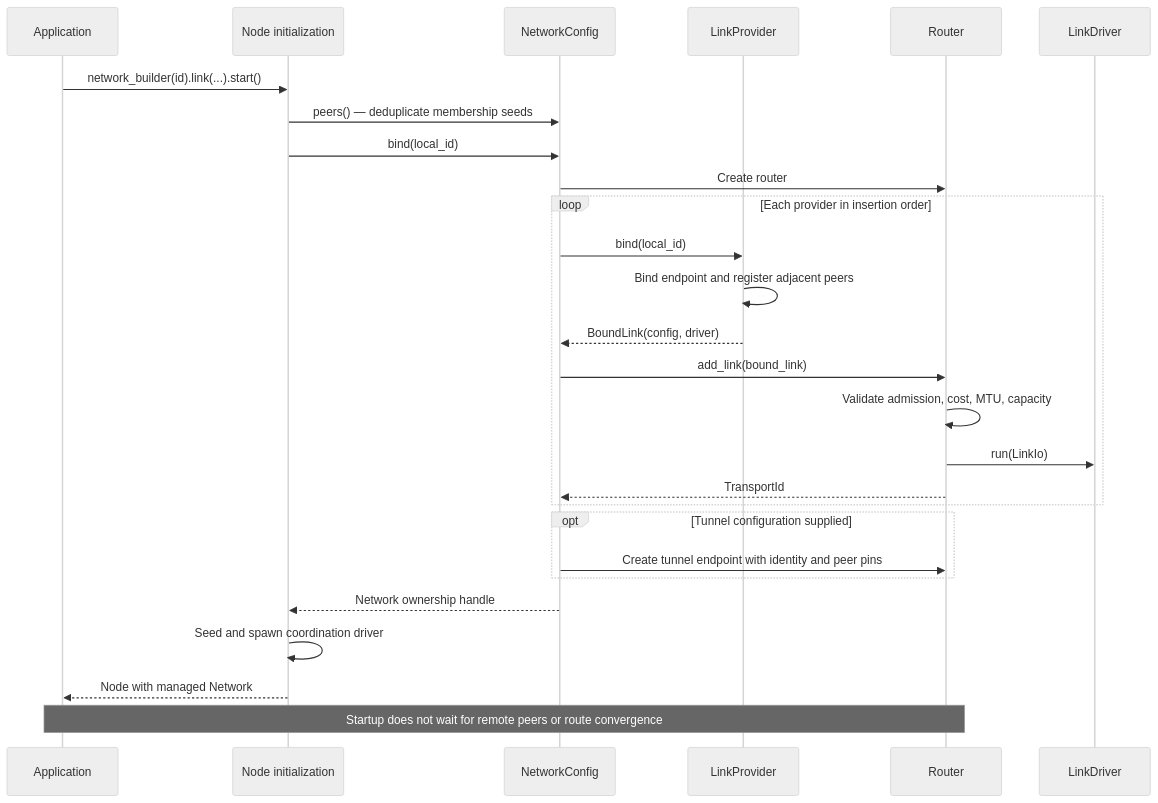
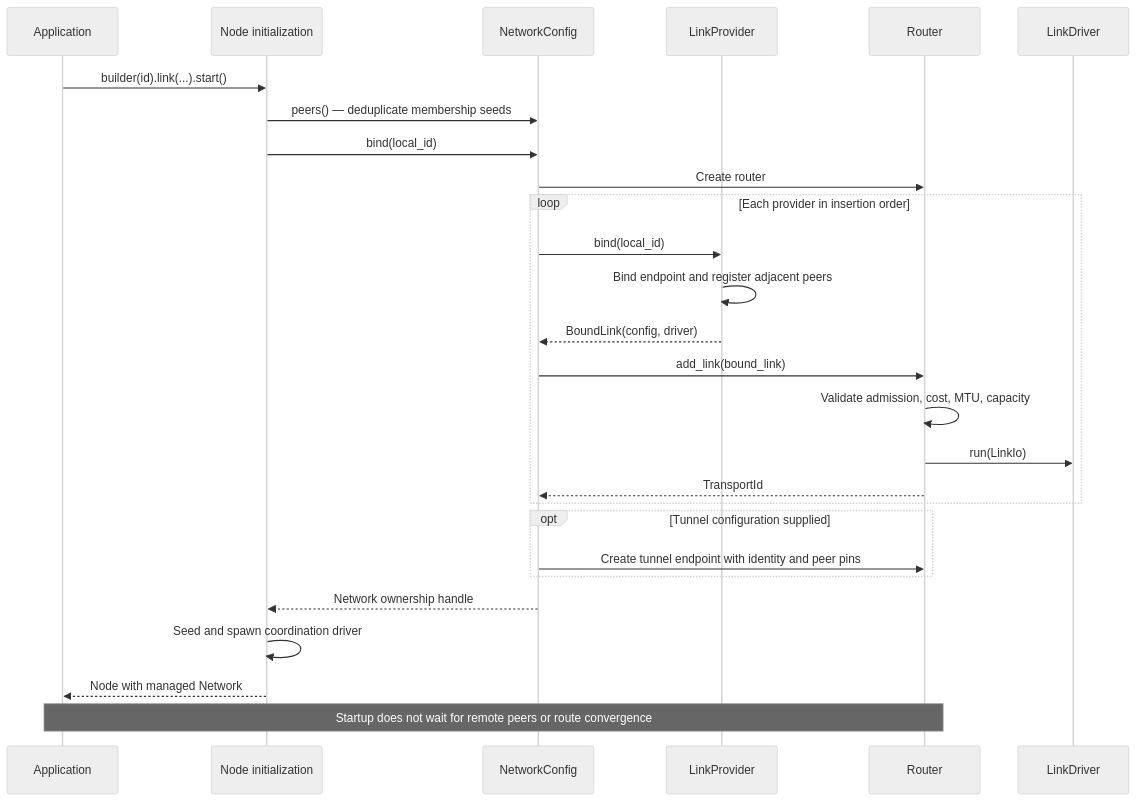
Before and after one commit to napbat/groupnet: the first of 4 diagrams in docs/link-lifecycle.md, drawn with Mermaid (neutral theme). The commit also changed other lines of this file and 84 other files, not shown here.

````diff
--- a/docs/link-lifecycle.md
+++ b/docs/link-lifecycle.md
@@ -17,29 +18,29 @@
 ```mermaid
 sequenceDiagram
     participant App as Application
     participant Node as Node initialization
     participant Config as NetworkConfig
     participant Provider as LinkProvider
     participant Router as Router
     participant Worker as LinkDriver
-    App->>Node: network_builder(id).link(...).start()
+    App->>Node: builder(id).link(...).start()
     Node->>Config: peers() — deduplicate membership seeds
     Node->>Config: bind(local_id)
     Config->>Router: Create router
     loop Each provider in insertion order
         Config->>Provider: bind(local_id)
         Provider->>Provider: Bind endpoint and register adjacent peers
         Provider-->>Config: BoundLink(config, driver)
         Config->>Router: add_link(bound_link)
         Router->>Router: Validate admission, cost, MTU, capacity
         Router->>Worker: run(LinkIo)
         Router-->>Config: TransportId
     end
     opt Tunnel configuration supplied
         Config->>Router: Create tunnel endpoint with identity and peer pins
     end
     Config-->>Node: Network ownership handle
     Node->>Node: Seed and spawn coordination driver
     Node-->>App: Node with managed Network
     Note over App,Router: Startup does not wait for remote peers or route convergence
 ```
````
